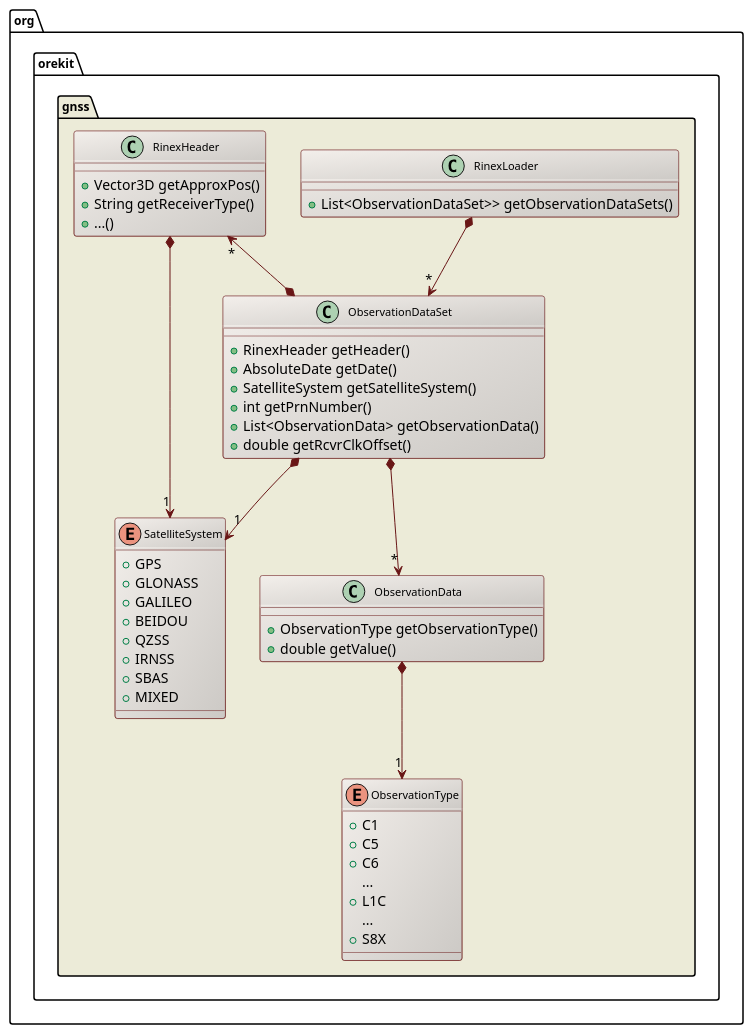
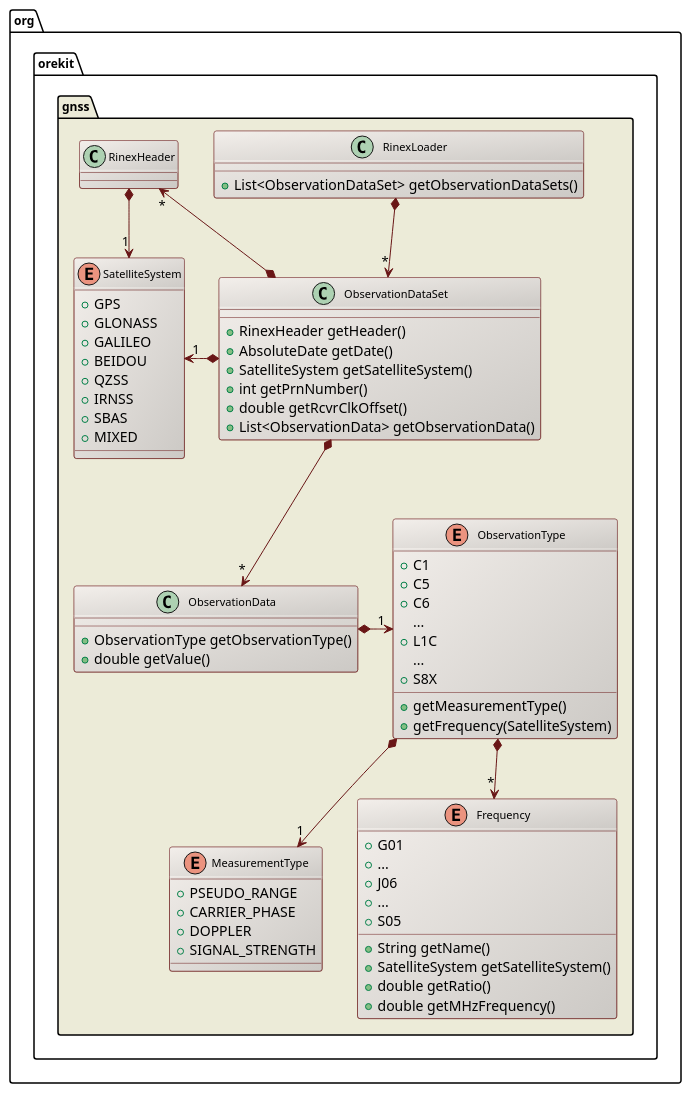
The diagram in src/design/gnss-rinex-class-diagram.puml (CS-SI/Orekit), drawn with PlantUML before and after one commit.

Commit message:
Completed UML class diagram for Rinex files handling.

```diff
--- a/src/design/gnss-rinex-class-diagram.puml
+++ b/src/design/gnss-rinex-class-diagram.puml
@@ -17,68 +17,85 @@
 @startuml
 
   skinparam svek                  true
   skinparam ClassBackgroundColor  #F3EFEB/CCC9C5
   skinparam ClassArrowColor       #691616
   skinparam ClassBorderColor      #691616
   skinparam NoteBackgroundColor   #F3EFEB
   skinparam NoteBorderColor       #691616
   skinparam NoteFontColor         #691616
   skinparam ClassFontSize         11
   skinparam PackageFontSize       12
 
   package org.orekit.gnss #ECEBD8 {
 
     class RinexLoader {
-      +List<ObservationDataSet>> getObservationDataSets()
+      +List<ObservationDataSet> getObservationDataSets()
     }
 
     enum SatelliteSystem {
       +GPS
       +GLONASS
       +GALILEO
       +BEIDOU
       +QZSS
       +IRNSS
       +SBAS
       +MIXED
     }
 
     enum ObservationType {
       +C1
       +C5
       +C6
       ...
       +L1C
       ...
       +S8X
+      +getMeasurementType()
+      +getFrequency(SatelliteSystem)
     }
 
-    class RinexHeader {
-      +Vector3D getApproxPos()
-      +String getReceiverType()
-      +...()
+    enum MeasurementType {
+      +PSEUDO_RANGE
+      +CARRIER_PHASE
+      +DOPPLER
+      +SIGNAL_STRENGTH
+    }
+
+    enum Frequency {
+      +G01
+      +...
+      +J06
+      +...
+      +S05
+      +String getName()
+      +SatelliteSystem getSatelliteSystem()
+      +double getRatio()
+      +double getMHzFrequency()
     }
 
     class ObservationData {
       +ObservationType getObservationType()
       +double getValue()
     }
 
     class ObservationDataSet {
       +RinexHeader getHeader()
       +AbsoluteDate getDate()
       +SatelliteSystem getSatelliteSystem()
       +int getPrnNumber()
+      +double getRcvrClkOffset()
       +List<ObservationData> getObservationData()
-      +double getRcvrClkOffset()
     }
 
-    ObservationDataSet *--> "1" SatelliteSystem
+    ObservationDataSet *-left-> "1" SatelliteSystem
     RinexHeader        *--> "1" SatelliteSystem
     RinexHeader        "*" <--* ObservationDataSet
     RinexLoader        *--> "*" ObservationDataSet
     ObservationDataSet *--> "*" ObservationData
-    ObservationData    *--> "1" ObservationType
+    ObservationType  "1" <-left-* ObservationData
+    ObservationType    *--> "1" MeasurementType
+    ObservationType    *--> "*" Frequency
   }
 
 @enduml
```
